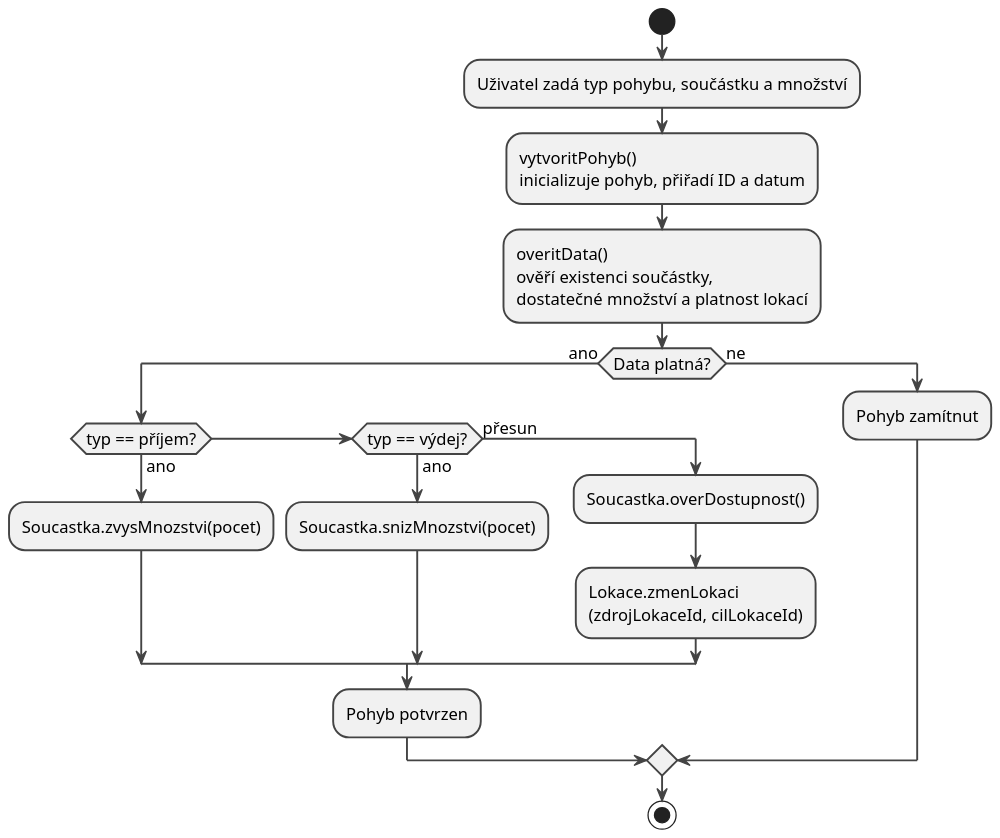
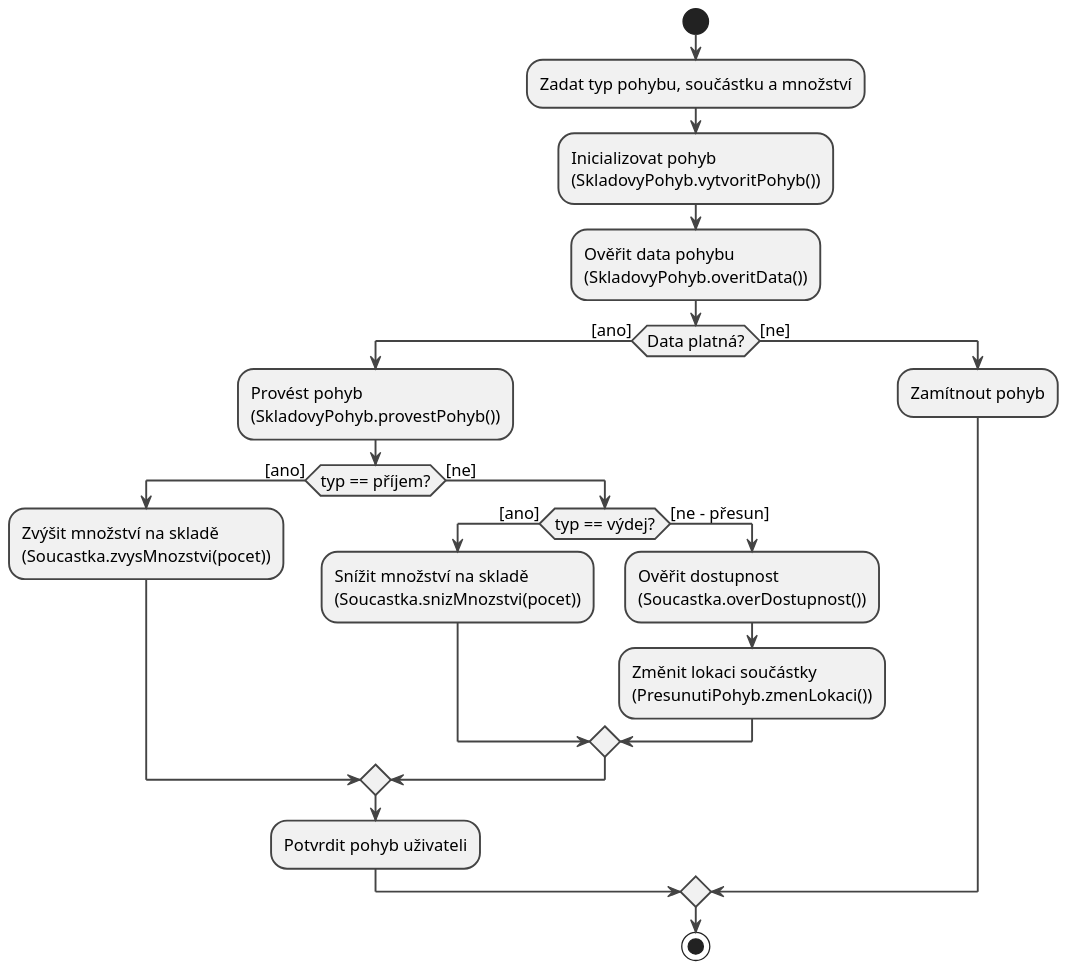
Before and after one commit to lkvapil/kOdevzdaniProjektWMS: the diagram in diagrams/12_activity_wms.puml, drawn with PlantUML. The commit also changed 1 other file, not shown here.

Commit message:
Diagram aktivit – oprava popisků větví [ano]/[ne]

```diff
--- a/diagrams/12_activity_wms.puml
+++ b/diagrams/12_activity_wms.puml
@@ -1,37 +1,38 @@
 @startuml
 scale 1.5
 skinparam defaultFontSize 13
 skinparam ArrowThickness 1.5
 skinparam ActivityBorderThickness 1.5
 skinparam ActivityDiamondBorderThickness 1.5
 skinparam ActivityBorderColor #444444
 skinparam ActivityDiamondBorderColor #444444
 skinparam ArrowColor #444444
 
 start
 
-:Uživatel zadá typ pohybu, součástku a množství;
+:Zadat typ pohybu, součástku a množství;
+:Inicializovat pohyb\n(SkladovyPohyb.vytvoritPohyb());
+:Ověřit data pohybu\n(SkladovyPohyb.overitData());
 
-:vytvoritPohyb()\ninicializuje pohyb, přiřadí ID a datum;
+if (Data platná?) then ([ano])
+  :Provést pohyb\n(SkladovyPohyb.provestPohyb());
 
-:overitData()\nověří existenci součástky,\ndostatečné množství a platnost lokací;
-
-if (Data platná?) then (ano)
-
-  if (typ == příjem?) then (ano)
-    :Soucastka.zvysMnozstvi(pocet);
-  elseif (typ == výdej?) then (ano)
-    :Soucastka.snizMnozstvi(pocet);
-  else (přesun)
-    :Soucastka.overDostupnost();
-    :Lokace.zmenLokaci\n(zdrojLokaceId, cilLokaceId);
+  if (typ == příjem?) then ([ano])
+    :Zvýšit množství na skladě\n(Soucastka.zvysMnozstvi(pocet));
+  else ([ne])
+    if (typ == výdej?) then ([ano])
+      :Snížit množství na skladě\n(Soucastka.snizMnozstvi(pocet));
+    else ([ne – přesun])
+      :Ověřit dostupnost\n(Soucastka.overDostupnost());
+      :Změnit lokaci součástky\n(PresunutiPohyb.zmenLokaci());
+    endif
   endif
 
-  :Pohyb potvrzen;
+  :Potvrdit pohyb uživateli;
 
-else (ne)
-  :Pohyb zamítnut;
+else ([ne])
+  :Zamítnout pohyb;
 endif
 
 stop
 @enduml
```
